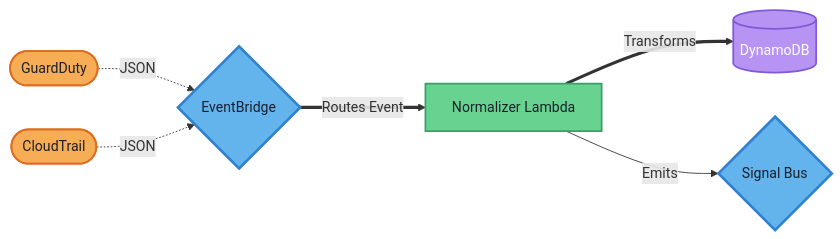
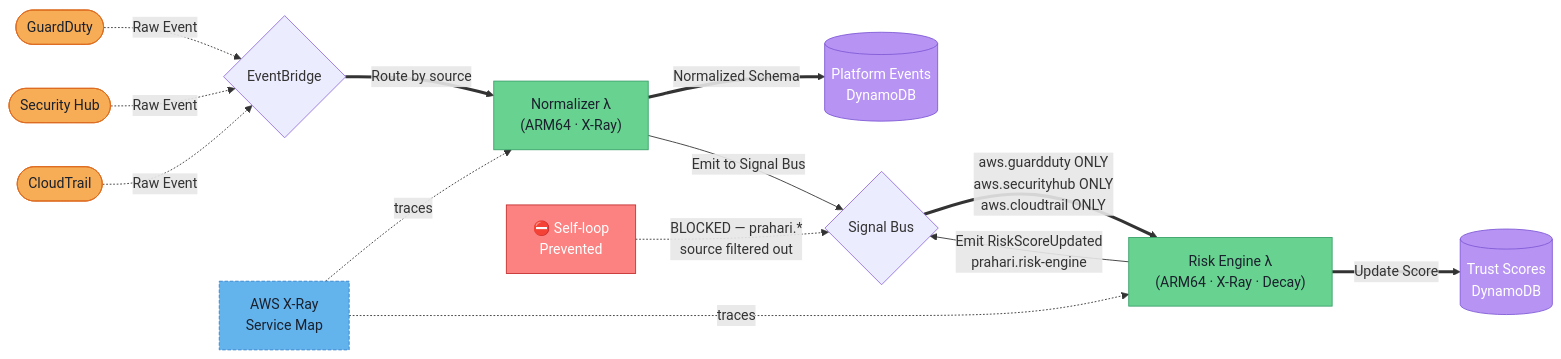
The third of 10 diagrams in docs/diagrams.md (nextgensoumen/prahari-ztna-aws), drawn with Mermaid before and after one commit. The commit also changed other lines of this file and 1 other file, not shown here.

Commit message:
docs: Update diagrams v2 with all Phase 2 changes + memory log 06

````diff
--- a/docs/diagrams.md
+++ b/docs/diagrams.md
@@ -58,15 +65,26 @@
 ```mermaid
 flowchart LR
-    %% Custom Styling
-    classDef source fill:#f6ad55,stroke:#dd6b20,stroke-width:2px,color:#1a202c,rx:10px
-    classDef router fill:#63b3ed,stroke:#3182ce,stroke-width:3px,color:#1a202c,rx:20px
-    classDef compute fill:#68d391,stroke:#38a169,stroke-width:2px,color:#1a202c
-    classDef storage fill:#b794f4,stroke:#805ad5,stroke-width:2px,color:#ffffff
-    
-    A([GuardDuty]):::source -.->|JSON| B{EventBridge}:::router
-    C([CloudTrail]):::source -.->|JSON| B
-    
-    B ==>|Routes Event| D[Normalizer Lambda]:::compute
-    D ==>|Transforms| E[(DynamoDB)]:::storage
-    D -->|Emits| F{Signal Bus}:::router
+    classDef source   fill:#f6ad55,stroke:#dd6b20,color:#1a202c,rx:10px
+    classDef compute  fill:#68d391,stroke:#38a169,color:#1a202c
+    classDef storage  fill:#b794f4,stroke:#805ad5,color:#ffffff
+    classDef trace    fill:#63b3ed,stroke:#3182ce,color:#1a202c,stroke-dasharray:4 2
+    classDef block    fill:#fc8181,stroke:#c53030,color:#ffffff
+
+    GD([GuardDuty]):::source -.->|Raw Event| EB{EventBridge}
+    SH([Security Hub]):::source -.->|Raw Event| EB
+    CT([CloudTrail]):::source -.->|Raw Event| EB
+
+    EB ==>|Route by source| NL["Normalizer λ\n(ARM64 · X-Ray)"]:::compute
+    NL ==>|Normalized Schema| DB[(Platform Events\nDynamoDB)]:::storage
+    NL -->|Emit to Signal Bus| SB{Signal Bus}
+
+    SB ==>|aws.guardduty ONLY\n aws.securityhub ONLY\n aws.cloudtrail ONLY| RE["Risk Engine λ\n(ARM64 · X-Ray · Decay)"]:::compute
+    RE ==>|Update Score| SC[(Trust Scores\nDynamoDB)]:::storage
+    RE -->|Emit RiskScoreUpdated\nprahari.risk-engine| SB
+
+    BLOCK:::block -.->|BLOCKED — prahari.*\nsource filtered out| SB
+    BLOCK["⛔ Self-loop\nPrevented"]
+
+    XR["AWS X-Ray\nService Map"]:::trace -. traces .-> NL
+    XR -. traces .-> RE
 ```
````
